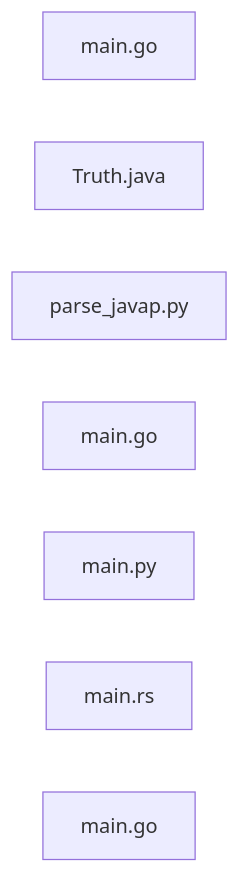
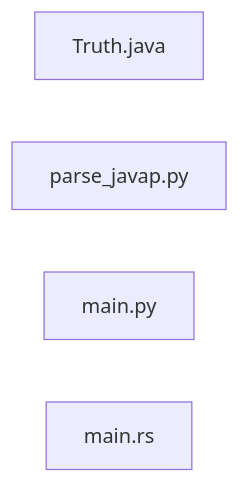
One commit to sns45/greplost changed the sixth of 6 diagrams in .greplost/packages/greplost__bench/MAP.md. Above: the diagram before and after it, drawn with Mermaid. The commit also changed other lines of this file and 13 other files, not shown here.

````diff
--- a/.greplost/packages/greplost__bench/MAP.md
+++ b/.greplost/packages/greplost__bench/MAP.md
@@ -296,10 +287,7 @@
 ```mermaid
 graph LR
-  bench_truth_gocallgraph_main_go["main.go"]
   bench_truth_javatruth_Truth_java["Truth.java"]
   bench_truth_kotlintruth_parse_javap_py["parse_javap.py"]
-  bench_truth_pulumigotruth_main_go["main.go"]
   bench_truth_pytruth_main_py["main.py"]
   bench_truth_rusttruth_src_main_rs["main.rs"]
-  bench_truth_tfinspect_main_go["main.go"]
 ```
````
